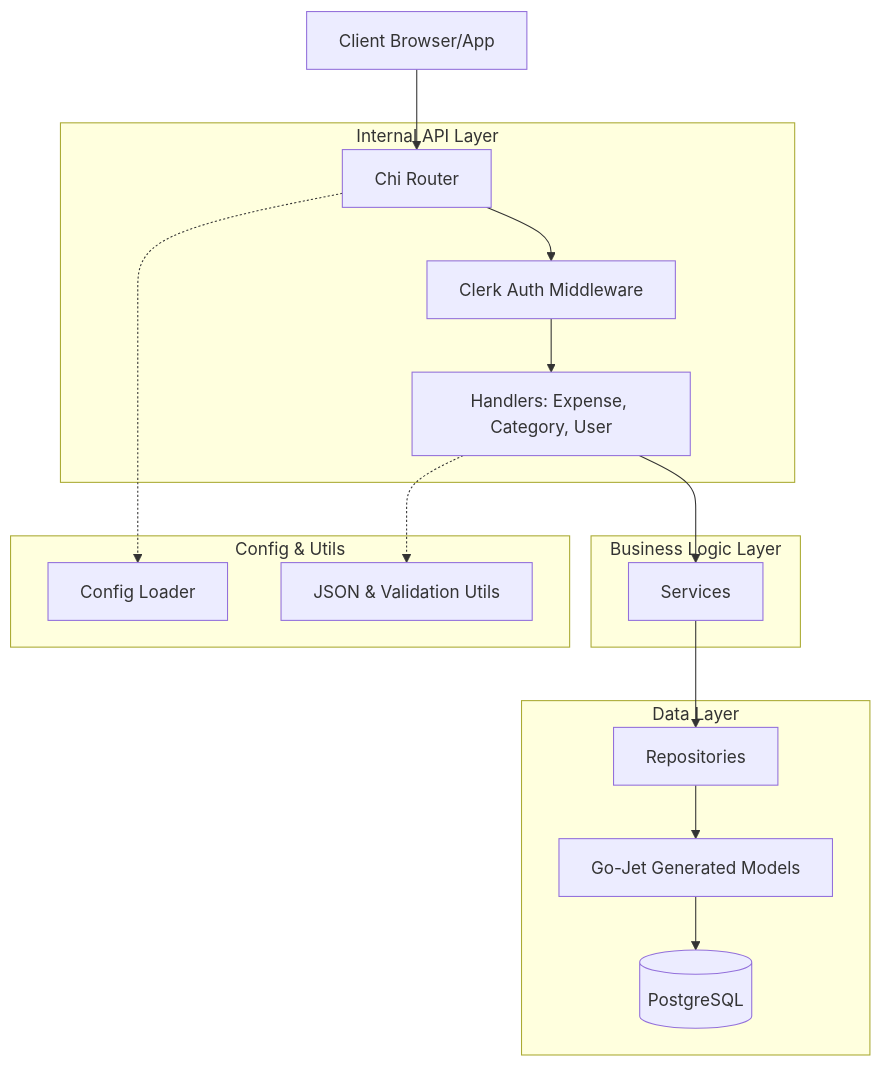
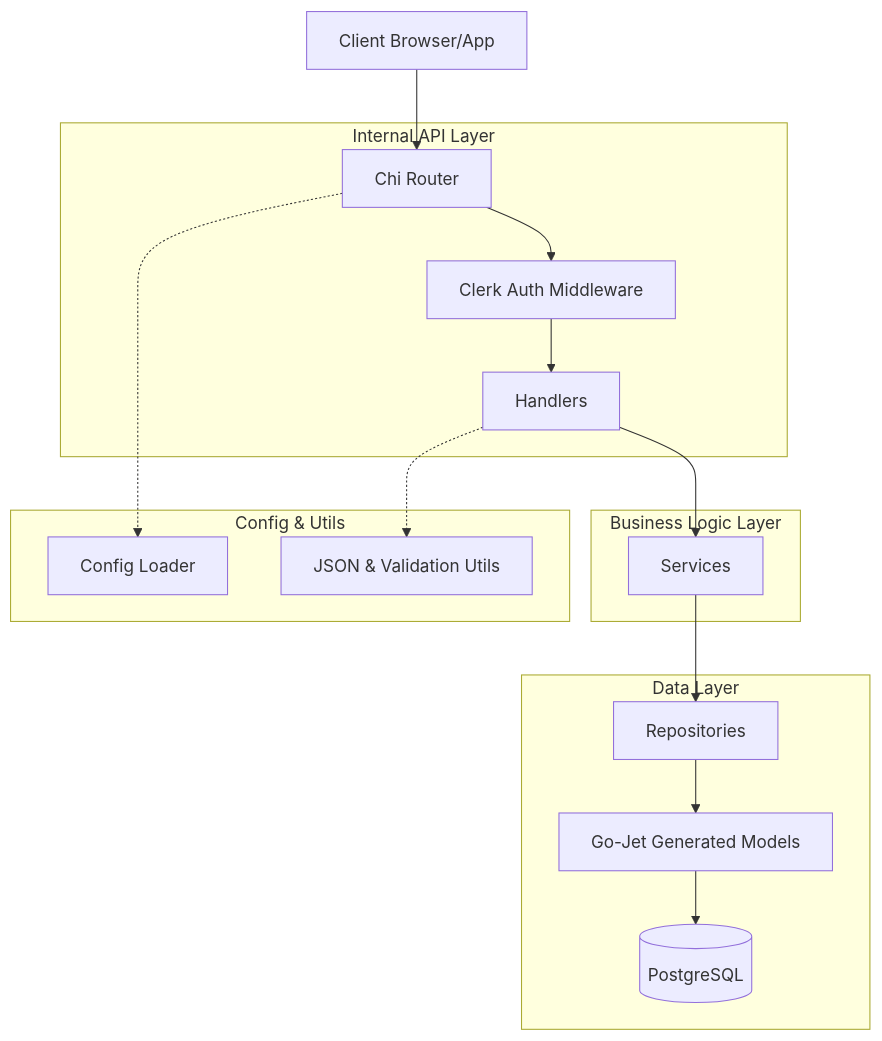
One commit to clearflow-io/api changed the diagram in README.md. Above: the diagram before and after it, drawn with Mermaid. The commit also changed other lines of this file and 6 other files, not shown here.

````diff
--- a/README.md
+++ b/README.md
@@ -13,22 +13,22 @@
 ```mermaid
 graph TD
     Client[Client Browser/App] --> Router[Chi Router]
     subgraph internal_api [Internal API Layer]
         Router --> Auth[Clerk Auth Middleware]
-        Auth --> Handlers[Handlers: Expense, Category, User]
+        Auth --> Handlers[Handlers]
     end
     subgraph business_logic [Business Logic Layer]
         Handlers --> Services[Services]
     end
     subgraph data_layer [Data Layer]
         Services --> Repos[Repositories]
         Repos --> Jet[Go-Jet Generated Models]
         Jet --> DB[(PostgreSQL)]
     end
     subgraph config_utils [Config & Utils]
         Config[Config Loader]
         Utils[JSON & Validation Utils]
     end
     Handlers -.-> Utils
     Router -.-> Config
 ```
````
